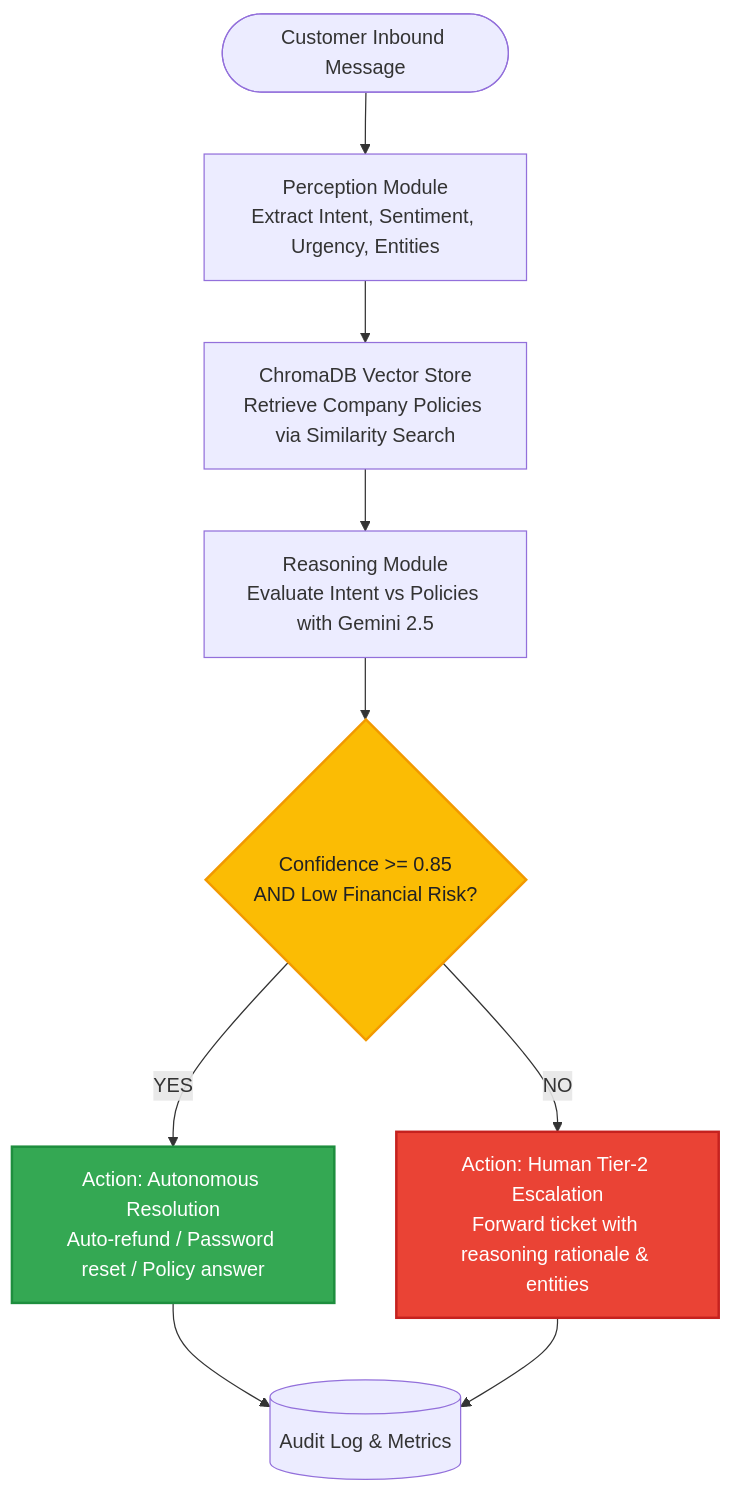
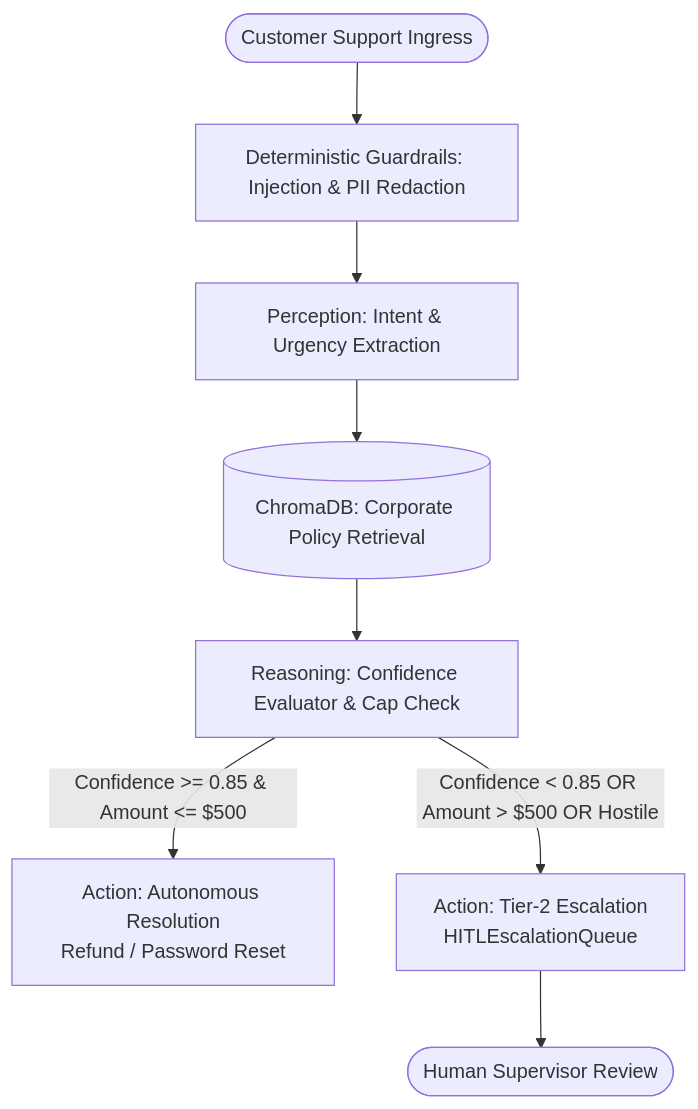
The fifth of 6 diagrams in README.md (BigBro2454/pm-learning-agents), drawn with Mermaid before and after one commit. The commit also changed other lines of this file and 14 other files, not shown here.

````diff
--- a/README.md
+++ b/README.md
@@ -204,24 +201,13 @@
 ```mermaid
 flowchart TD
-    CustomerMsg([Customer Inbound Message]) --> Percept[Perception Module<br/>Extract Intent, Sentiment, Urgency, Entities]
+    CustomerTicket([Customer Support Ingress]) --> Guardrails[Deterministic Guardrails: Injection & PII Redaction]
+    Guardrails --> Perception[Perception: Intent & Urgency Extraction]
+    Perception --> VectorRAG[(ChromaDB: Corporate Policy Retrieval)]
     
-    Percept --> VectorLookup[ChromaDB Vector Store<br/>Retrieve Company Policies via Similarity Search]
+    VectorRAG --> Evaluator[Reasoning: Confidence Evaluator & Cap Check]
     
-    VectorLookup --> Reasoner[Reasoning Module<br/>Evaluate Intent vs Policies with Gemini 2.5]
+    Evaluator -->|Confidence >= 0.85 & Amount <= $500| AutoResolve[Action: Autonomous Resolution<br/>Refund / Password Reset]
+    Evaluator -->|Confidence < 0.85 OR Amount > $500 OR Hostile| EscalationQueue[Action: Tier-2 Escalation<br/>HITLEscalationQueue]
     
-    Reasoner --> ConfidenceCheck{Confidence >= 0.85<br/>AND Low Financial Risk?}
-    
-    ConfidenceCheck -->|YES| AutoResolve[Action: Autonomous Resolution<br/>Auto-refund / Password reset / Policy answer]
-    ConfidenceCheck -->|NO| Escalate[Action: Human Tier-2 Escalation<br/>Forward ticket with reasoning rationale & entities]
-    
-    AutoResolve --> AuditLog[(Audit Log & Metrics)]
-    Escalate --> AuditLog
-
-    classDef decision fill:#FBBC04,stroke:#f29900,stroke-width:2px,color:#202124;
-    classDef actionNode fill:#34A853,stroke:#1e8e3e,stroke-width:2px,color:#ffffff;
-    classDef alertNode fill:#EA4335,stroke:#c5221f,stroke-width:2px,color:#ffffff;
-
-    class ConfidenceCheck decision;
-    class AutoResolve actionNode;
-    class Escalate alertNode;
+    EscalationQueue --> SupervisorConsole([Human Supervisor Review])
 ```
````
